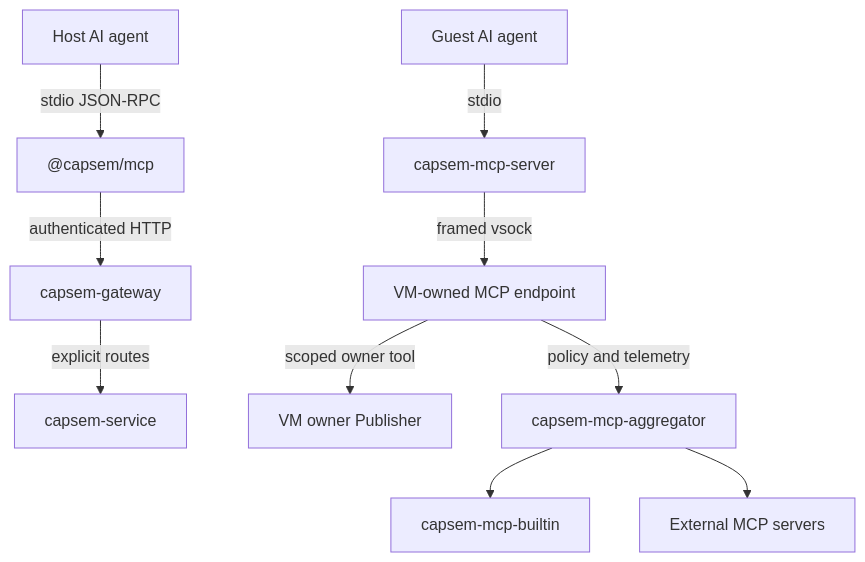
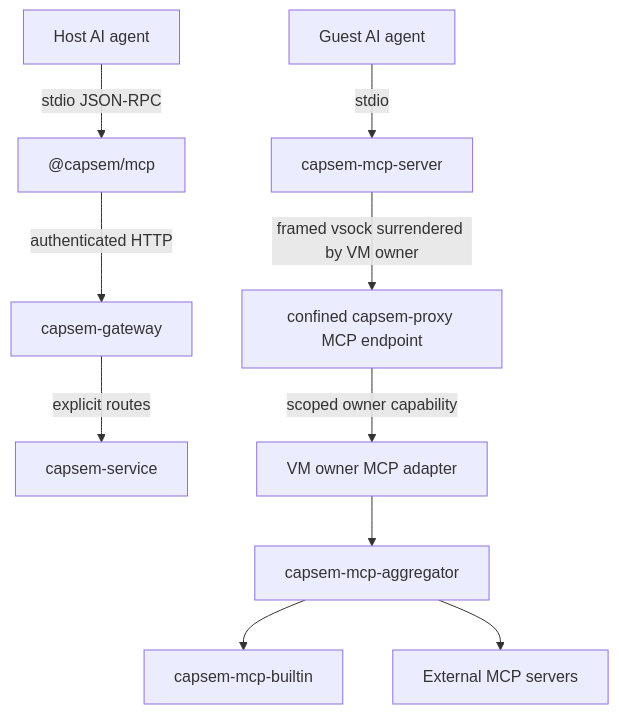
The first of 4 diagrams in web/docs/src/content/docs/architecture/mcp-gateway.md (google/capsem), drawn with Mermaid before and after one commit. The commit also changed other lines of this file and 9 other files, not shown here.

Commit message:
docs(architecture): document confined host workers

````diff
--- a/web/docs/src/content/docs/architecture/mcp-gateway.md
+++ b/web/docs/src/content/docs/architecture/mcp-gateway.md
@@ -15,13 +15,13 @@
 ```mermaid
 graph TB
     AGENT["Host AI agent"] -->|stdio JSON-RPC| HOST["@capsem/mcp"]
     HOST -->|authenticated HTTP| GATEWAY["capsem-gateway"]
     GATEWAY -->|explicit routes| SERVICE["capsem-service"]
 
     GUEST_AGENT["Guest AI agent"] -->|stdio| RELAY["capsem-mcp-server"]
-    RELAY -->|framed vsock| ENDPOINT["VM-owned MCP endpoint"]
-    ENDPOINT -->|scoped owner tool| OWNER["VM owner Publisher"]
-    ENDPOINT -->|policy and telemetry| AGG["capsem-mcp-aggregator"]
+    RELAY -->|"framed vsock surrendered by VM owner"| ENDPOINT["confined capsem-proxy MCP endpoint"]
+    ENDPOINT -->|"scoped owner capability"| OWNER["VM owner MCP adapter"]
+    OWNER --> AGG["capsem-mcp-aggregator"]
     AGG --> BUILTIN["capsem-mcp-builtin"]
     AGG --> EXTERNAL["External MCP servers"]
 ```
````
